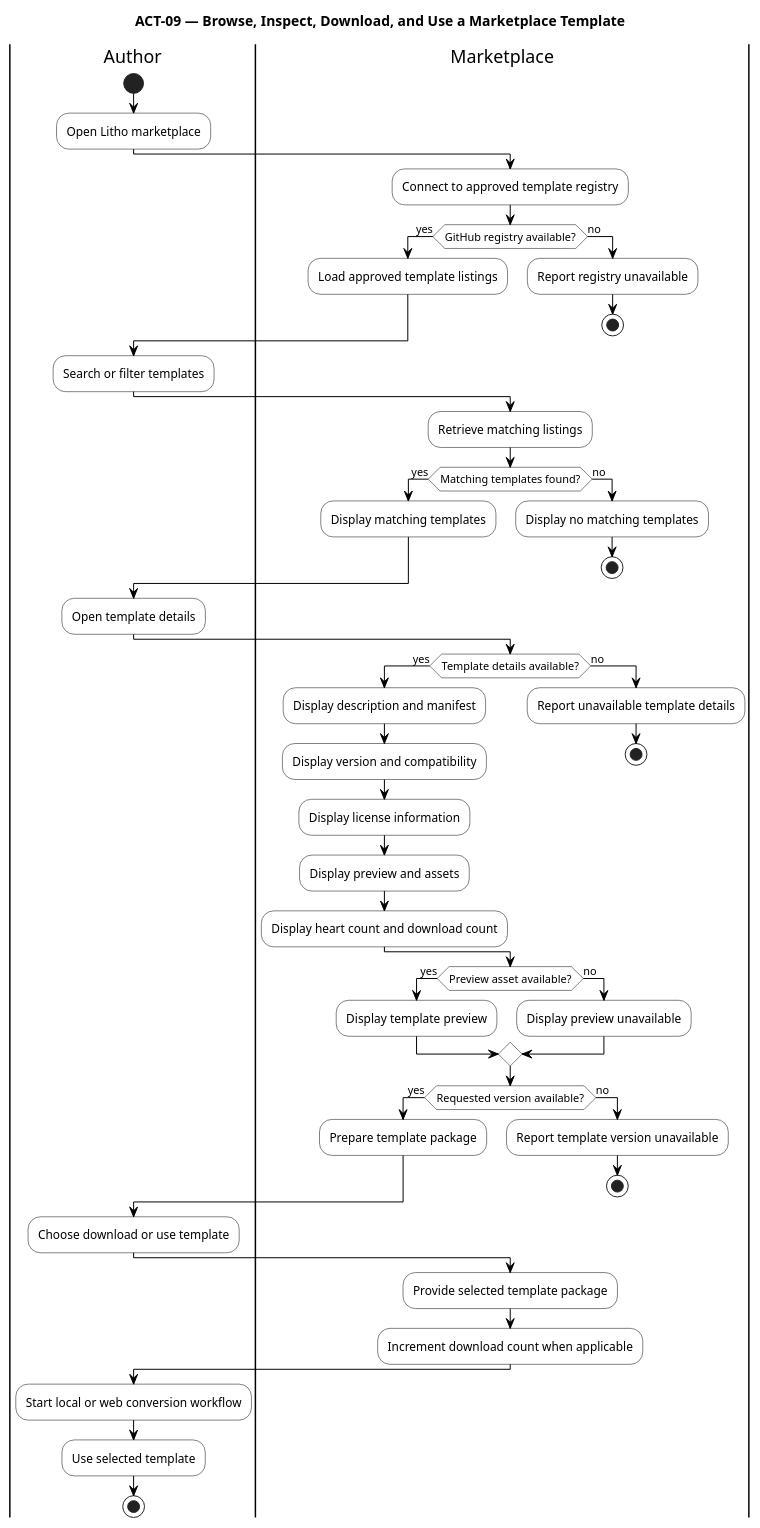
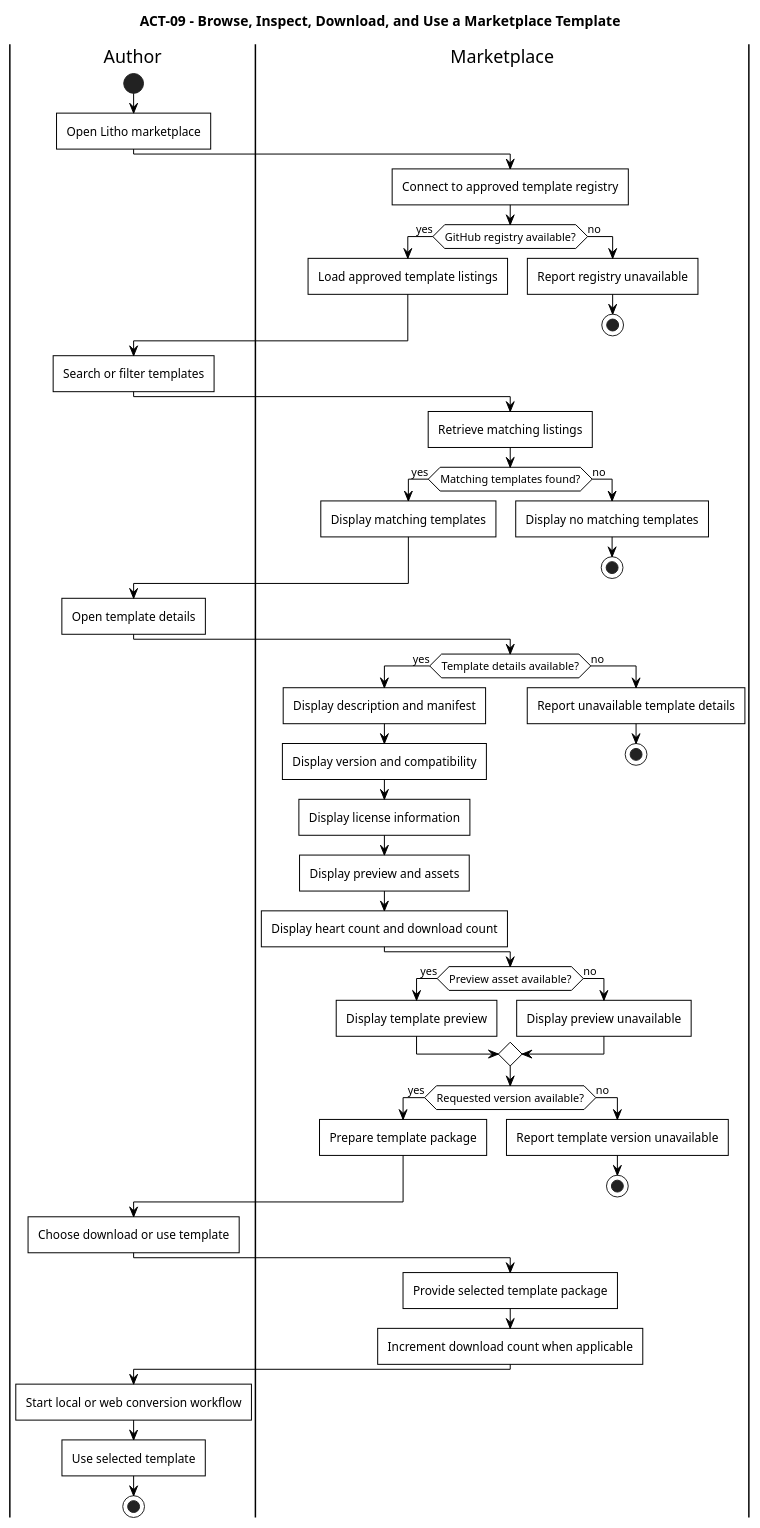
The diagram in diagrams/puml/activity/09-marketplace-template.puml (Litho-MD/uet-fyp-docs), drawn with PlantUML before and after one commit. The commit also changed 38 other files, not shown here.

Commit message:
fix(diagrams): add diamond merge loops to userflows, square borders to activities, and align security review text

```diff
--- a/diagrams/puml/activity/09-marketplace-template.puml
+++ b/diagrams/puml/activity/09-marketplace-template.puml
@@ -1,81 +1,84 @@
 @startuml
-title ACT-09 — Browse, Inspect, Download, and Use a Marketplace Template
+title ACT-09 - Browse, Inspect, Download, and Use a Marketplace Template
 
 skinparam monochrome true
 skinparam backgroundColor white
 skinparam shadowing false
+skinparam roundCorner 0
+skinparam defaultTextAlignment center
+skinparam activityBorderThickness 1
 skinparam activity {
     BackgroundColor white
     BorderColor black
     FontColor black
     DiamondBackgroundColor white
     DiamondBorderColor black
 }
 skinparam ArrowColor black
 skinparam defaultFontColor black
 
 |Author|
 start
 :Open Litho marketplace;
 
 |Marketplace|
 :Connect to approved template registry;
 if (GitHub registry available?) then (yes)
     :Load approved template listings;
 else (no)
     :Report registry unavailable;
     stop
 endif
 
 |Author|
 :Search or filter templates;
 
 |Marketplace|
 :Retrieve matching listings;
 if (Matching templates found?) then (yes)
     :Display matching templates;
 else (no)
     :Display no matching templates;
     stop
 endif
 
 |Author|
 :Open template details;
 
 |Marketplace|
 if (Template details available?) then (yes)
     :Display description and manifest;
     :Display version and compatibility;
     :Display license information;
     :Display preview and assets;
     :Display heart count and download count;
 else (no)
     :Report unavailable template details;
     stop
 endif
 
 if (Preview asset available?) then (yes)
     :Display template preview;
 else (no)
     :Display preview unavailable;
 endif
 
 if (Requested version available?) then (yes)
     :Prepare template package;
 else (no)
     :Report template version unavailable;
     stop
 endif
 
 |Author|
 :Choose download or use template;
 
 |Marketplace|
 :Provide selected template package;
 :Increment download count when applicable;
 
 |Author|
 :Start local or web conversion workflow;
 :Use selected template;
 stop
 @enduml
```
